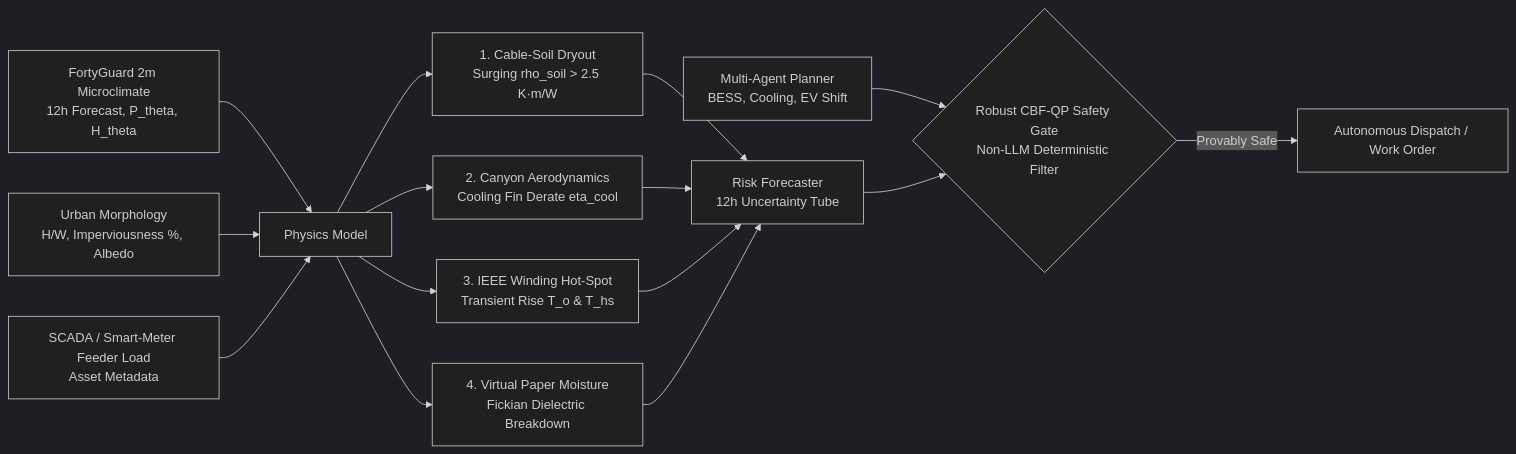
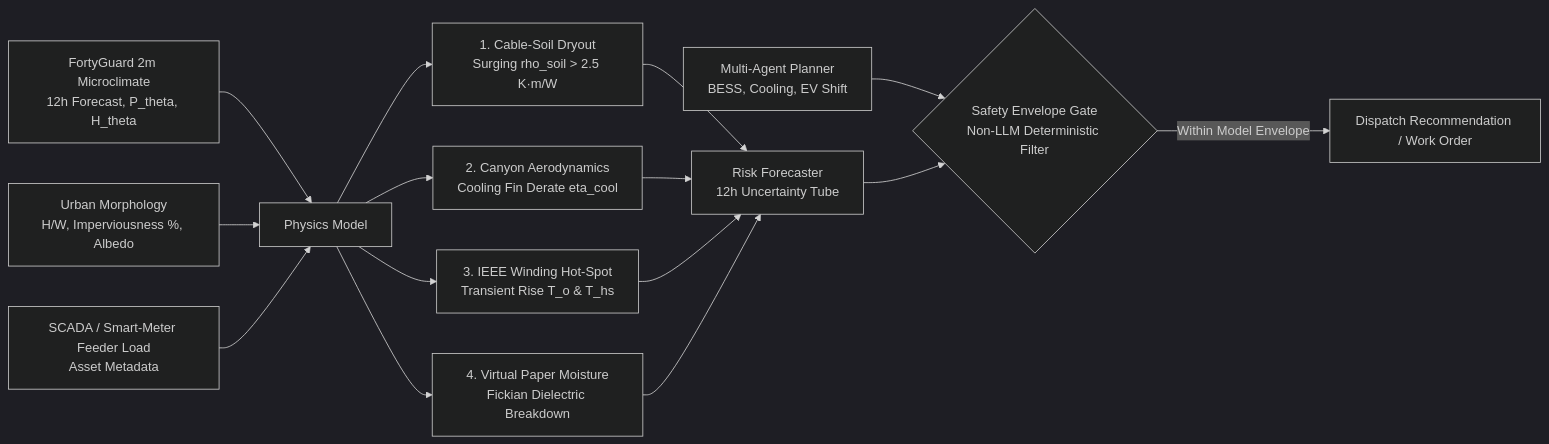
One commit to KarimmYasser/fortyguard-hackathon changed the diagram in README.md. Above: the diagram before and after it, drawn with Mermaid (dark theme). The commit also changed other lines of this file and 24 other files, not shown here.

````diff
--- a/README.md
+++ b/README.md
@@ -37,20 +37,20 @@
 ```mermaid
 flowchart LR
     A[FortyGuard 2m Microclimate\n12h Forecast, P_theta, H_theta] --> D[Physics Model]
     B[Urban Morphology\nH/W, Imperviousness %, Albedo] --> D
     C[SCADA / Smart-Meter Feeder Load\nAsset Metadata] --> D
     
     D --> E1[1. Cable-Soil Dryout\nSurging rho_soil > 2.5 K·m/W]
     D --> E2[2. Canyon Aerodynamics\nCooling Fin Derate eta_cool]
     D --> E3[3. IEEE Winding Hot-Spot\nTransient Rise T_o & T_hs]
     D --> E4[4. Virtual Paper Moisture\nFickian Dielectric Breakdown]
     
     E1 --> F[Risk Forecaster\n12h Uncertainty Tube]
     E2 --> F
     E3 --> F
     E4 --> F
     
-    G[Multi-Agent Planner\nBESS, Cooling, EV Shift] --> H{Robust CBF-QP Safety Gate\nNon-LLM Deterministic Filter}
+    G[Multi-Agent Planner\nBESS, Cooling, EV Shift] --> H{Safety Envelope Gate\nNon-LLM Deterministic Filter}
     F --> H
-    H -->|Provably Safe| I[Autonomous Dispatch / Work Order]
+    H -->|Within Model Envelope| I[Dispatch Recommendation / Work Order]
 ```
````
